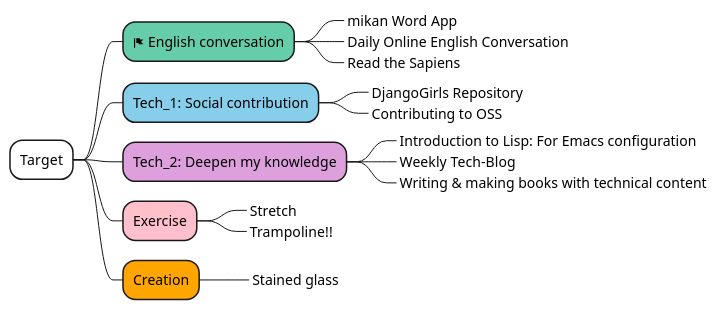
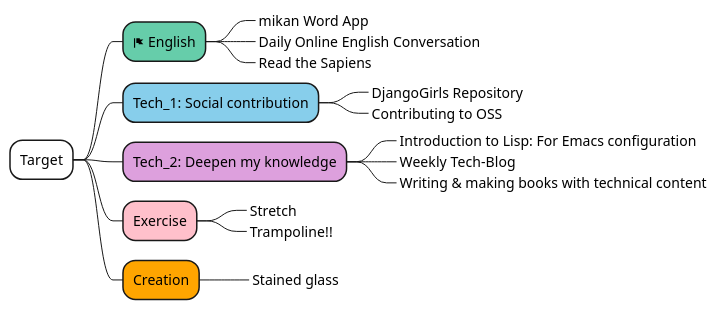
Before and after one commit to Ishizuka427/MindMap: the diagram in test.puml, drawn with PlantUML. The commit also changed 1 other file, not shown here.

```diff
--- a/test.puml
+++ b/test.puml
@@ -1,19 +1,19 @@
 @startmindmap
 *[#white] Target
-**[#mediumaquamarine] <&flag> English conversation
+**[#mediumaquamarine] <&flag> English
 ***_ mikan Word App
 ***_ Daily Online English Conversation
 ***_ Read the Sapiens
 **[#skyblue] Tech_1: Social contribution
 ***_ DjangoGirls Repository
 ***_ Contributing to OSS
 **[#plum] Tech_2: Deepen my knowledge
 ***_ Introduction to Lisp: For Emacs configuration
 ***_ Weekly Tech-Blog
 ***_ Writing & making books with technical content
 **[#pink] Exercise
 ***_ Stretch
 ***_ Trampoline!!
 **[#orange] Creation
 ***_ Stained glass
 @endmindmap
```
